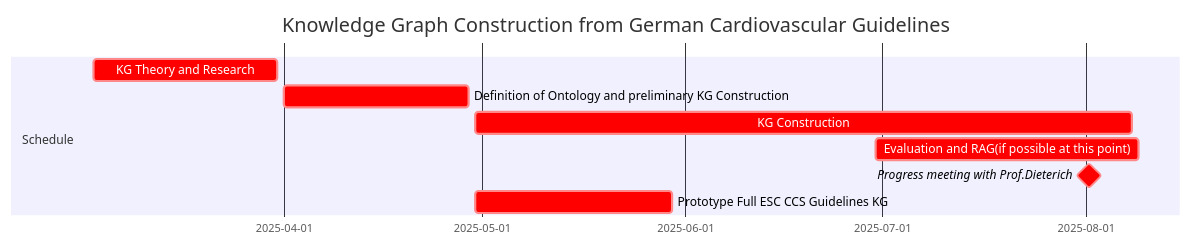
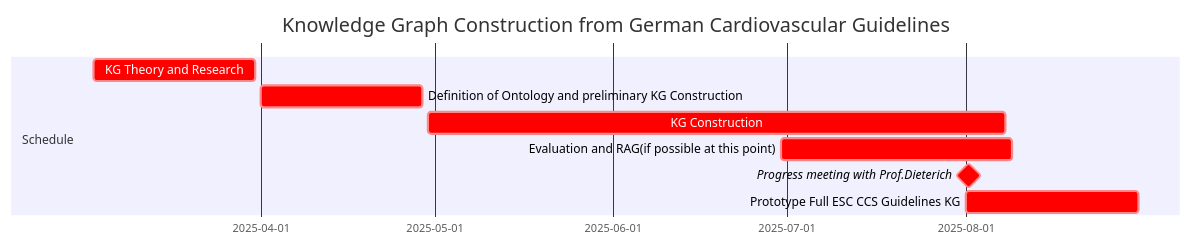
One commit to dieterich-lab/CardioGuidelinesGraph changed the diagram in README.md. Above: the diagram before and after it, drawn with Mermaid.

````diff
--- a/README.md
+++ b/README.md
@@ -8,13 +8,13 @@
 ```mermaid
 gantt
     title Knowledge Graph Construction from German Cardiovascular Guidelines
     dateFormat  YYYY-MM-DD
     section Schedule
     KG Theory and Research :crit, m1, 2025-03-03, 28d
     Definition of Ontology and preliminary KG Construction:crit, m2, 2025-04-01, 28d
     KG Construction:crit, m3, 2025-04-30, 100d
     Evaluation and RAG(if possible at this point):crit, m3, 2025-06-30, 40d
     Progress meeting with Prof.Dieterich:milestone, crit, 2025-08-01, 1d
-    Prototype Full ESC CCS Guidelines KG:crit, m3, 2025-04-30, 30d
+    Prototype Full ESC CCS Guidelines KG:crit, m3, 2025-08-01, 30d
    
 ```
````
